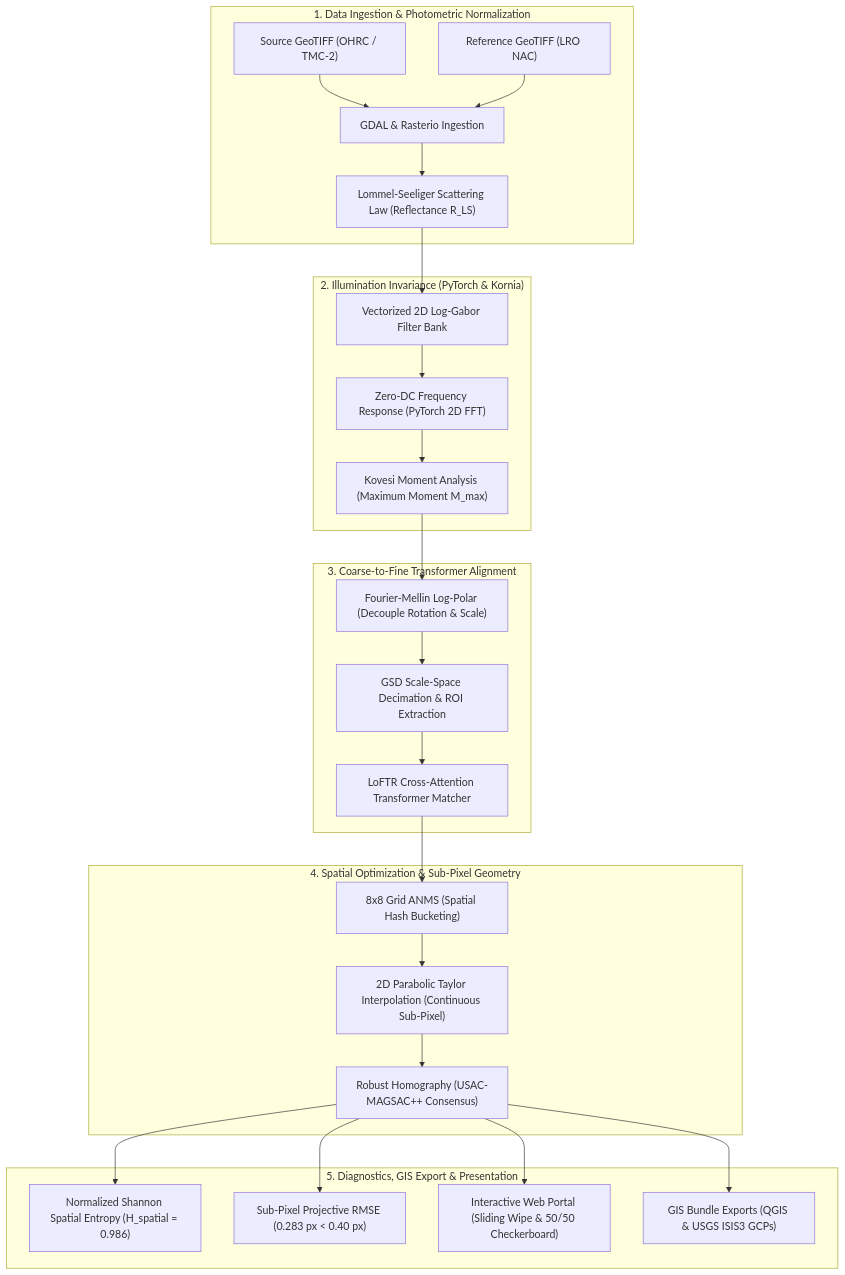
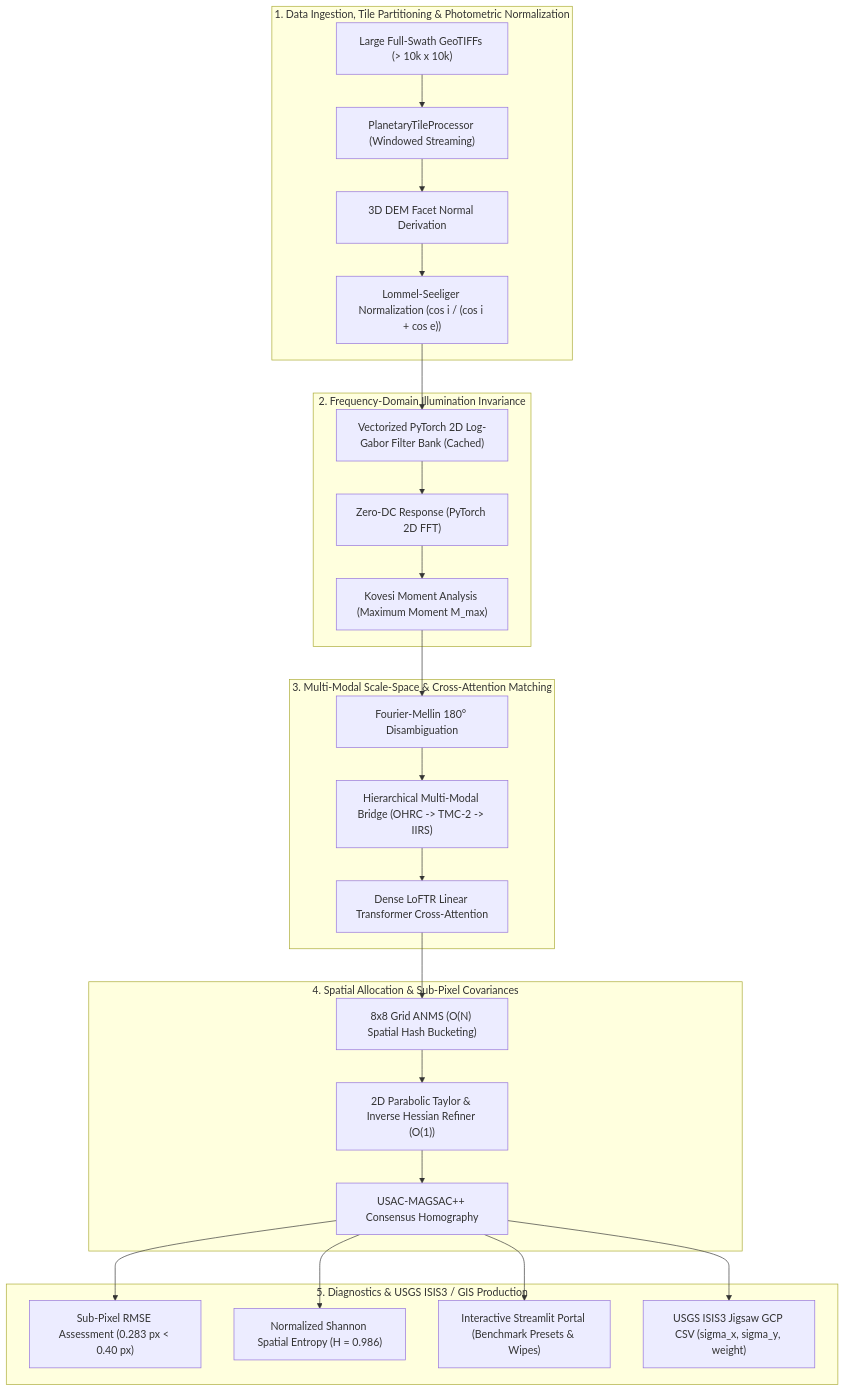
One commit to AryanXCode646/Samanvaya-1 changed the diagram in README.md. Above: the diagram before and after it, drawn with Mermaid. The commit also changed other lines of this file and 34 other files, not shown here.

````diff
--- a/README.md
+++ b/README.md
@@ -61,33 +65,33 @@
 ```mermaid
 flowchart TD
-    subgraph Ingestion["1. Data Ingestion & Photometric Normalization"]
-        A["Source GeoTIFF (OHRC / TMC-2)"] --> C["GDAL & Rasterio Ingestion"]
-        B["Reference GeoTIFF (LRO NAC)"] --> C
-        C --> D["Lommel-Seeliger Scattering Law (Reflectance R_LS)"]
+    subgraph Ingestion["1. Data Ingestion, Tile Partitioning & Photometric Normalization"]
+        A["Large Full-Swath GeoTIFFs (> 10k x 10k)"] --> T["PlanetaryTileProcessor (Windowed Streaming)"]
+        T --> B["3D DEM Facet Normal Derivation"]
+        B --> C["Lommel-Seeliger Normalization (cos i / (cos i + cos e))"]
     end
 
-    subgraph Frequency["2. Illumination Invariance (PyTorch & Kornia)"]
-        D --> E["Vectorized 2D Log-Gabor Filter Bank"]
-        E --> F["Zero-DC Frequency Response (PyTorch 2D FFT)"]
-        F --> G["Kovesi Moment Analysis (Maximum Moment M_max)"]
+    subgraph Frequency["2. Frequency-Domain Illumination Invariance"]
+        C --> D["Vectorized PyTorch 2D Log-Gabor Filter Bank (Cached)"]
+        D --> E["Zero-DC Response (PyTorch 2D FFT)"]
+        E --> F["Kovesi Moment Analysis (Maximum Moment M_max)"]
     end
 
-    subgraph Alignment["3. Coarse-to-Fine Transformer Alignment"]
-        G --> H["Fourier-Mellin Log-Polar (Decouple Rotation & Scale)"]
-        H --> I["GSD Scale-Space Decimation & ROI Extraction"]
-        I --> J["LoFTR Cross-Attention Transformer Matcher"]
+    subgraph Alignment["3. Multi-Modal Scale-Space & Cross-Attention Matching"]
+        F --> G["Fourier-Mellin 180° Disambiguation"]
+        G --> H["Hierarchical Multi-Modal Bridge (OHRC -> TMC-2 -> IIRS)"]
+        H --> I["Dense LoFTR Linear Transformer Cross-Attention"]
     end
 
-    subgraph Geometry["4. Spatial Optimization & Sub-Pixel Geometry"]
-        J --> K["8x8 Grid ANMS (Spatial Hash Bucketing)"]
-        K --> L["2D Parabolic Taylor Interpolation (Continuous Sub-Pixel)"]
-        L --> M["Robust Homography (USAC-MAGSAC++ Consensus)"]
+    subgraph Geometry["4. Spatial Allocation & Sub-Pixel Covariances"]
+        I --> J["8x8 Grid ANMS (O(N) Spatial Hash Bucketing)"]
+        J --> K["2D Parabolic Taylor & Inverse Hessian Refiner (O(1))"]
+        K --> L["USAC-MAGSAC++ Consensus Homography"]
     end
 
-    subgraph Evaluation["5. Diagnostics, GIS Export & Presentation"]
-        M --> N["Normalized Shannon Spatial Entropy (H_spatial = 0.986)"]
-        M --> O["Sub-Pixel Projective RMSE (0.283 px &lt; 0.40 px)"]
-        M --> P["Interactive Web Portal (Sliding Wipe & 50/50 Checkerboard)"]
-        M --> Q["GIS Bundle Exports (QGIS & USGS ISIS3 GCPs)"]
+    subgraph Export["5. Diagnostics & USGS ISIS3 / GIS Production"]
+        L --> M["Sub-Pixel RMSE Assessment (0.283 px &lt; 0.40 px)"]
+        L --> N["Normalized Shannon Spatial Entropy (H = 0.986)"]
+        L --> O["Interactive Streamlit Portal (Benchmark Presets & Wipes)"]
+        L --> P["USGS ISIS3 Jigsaw GCP CSV (sigma_x, sigma_y, weight)"]
     end
 ```
````
